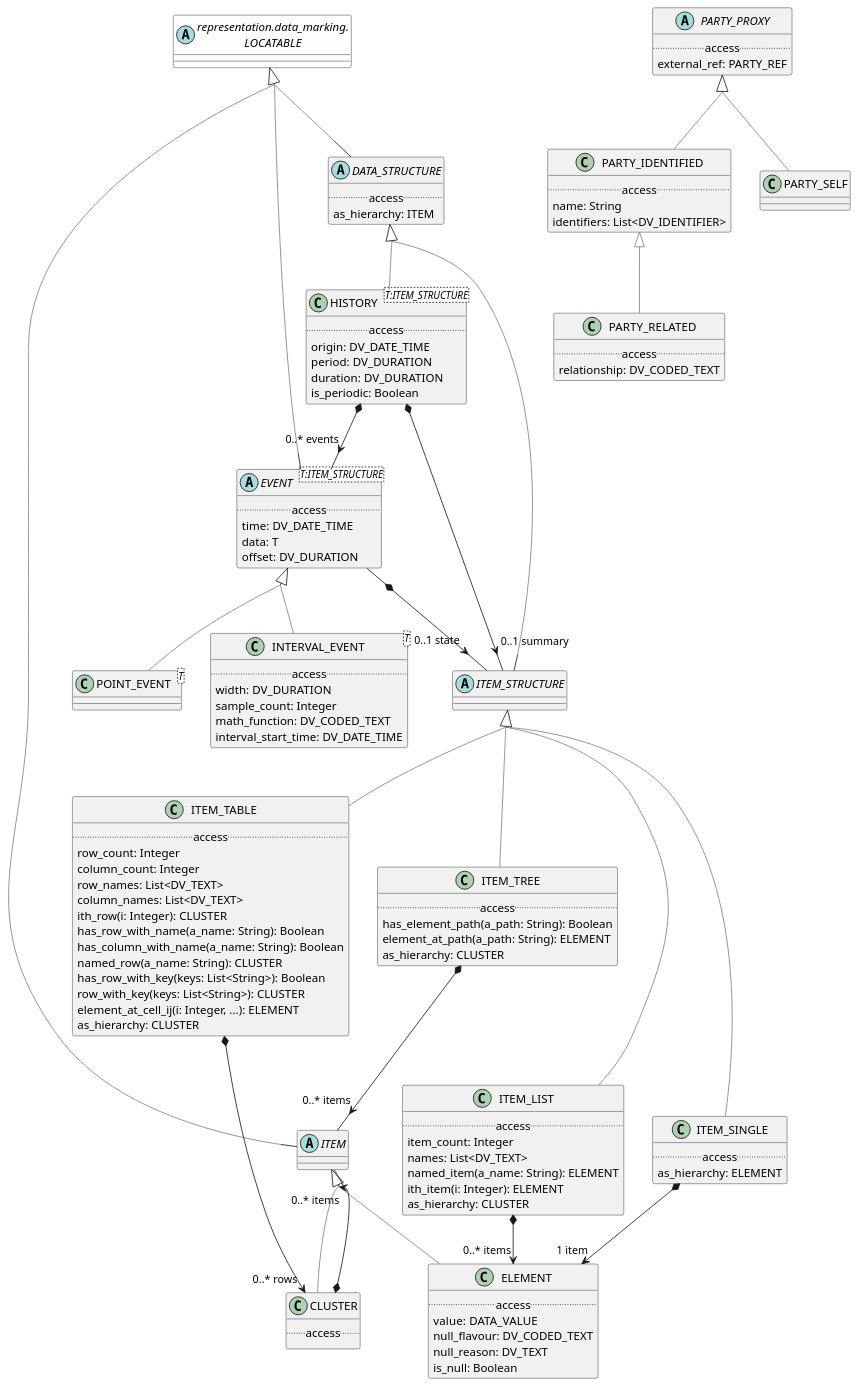
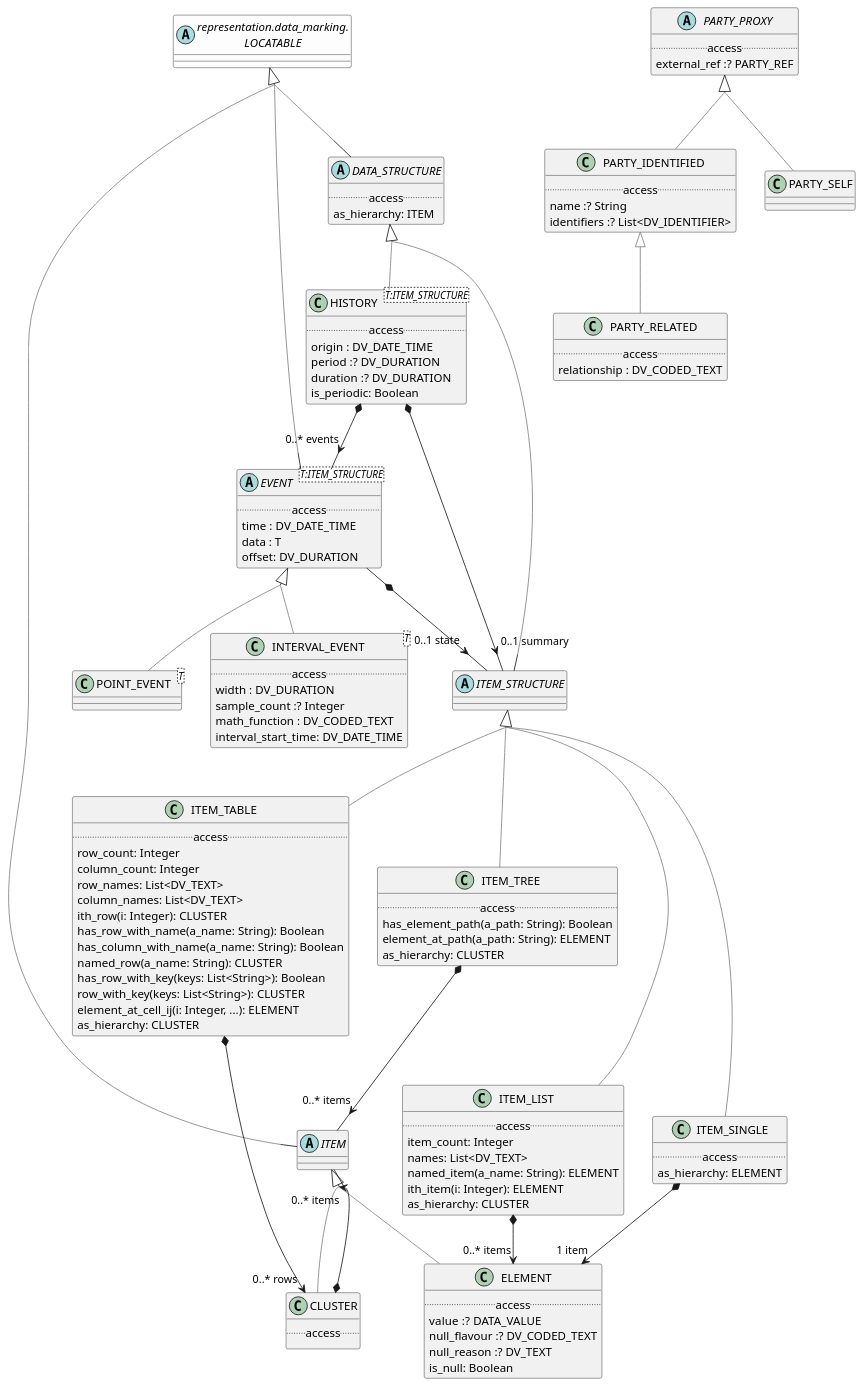
One commit to wolandscat/openehr-doc changed the diagram in modules/ROOT/examples/bmm/representation/data_structures/data_structures-package-uml.adoc. Above: the diagram before and after it, drawn with PlantUML. The commit also changed 1814 other files, not shown here.

```diff
--- a/modules/ROOT/examples/bmm/representation/data_structures/data_structures-package-uml.adoc
+++ b/modules/ROOT/examples/bmm/representation/data_structures/data_structures-package-uml.adoc
@@ -14,9 +14,9 @@
 
 class ELEMENT [[/openehr-doc/latest/representation/data_structures-gen.html#_class_element]] {
         .. access ..
-        value: DATA_VALUE
-        null_flavour: DV_CODED_TEXT
-        null_reason: DV_TEXT
+        value :? DATA_VALUE
+        null_flavour :? DV_CODED_TEXT
+        null_reason :? DV_TEXT
         is_null: Boolean
 }
 
@@ -54,8 +54,8 @@
 
 abstract class EVENT<T:ITEM_STRUCTURE> [[/openehr-doc/latest/representation/data_structures-gen.html#_class_event]] {
         .. access ..
-        time: DV_DATE_TIME
-        data: T
+        time : DV_DATE_TIME
+        data : T
         offset: DV_DURATION
 }
 
@@ -76,8 +76,8 @@
 
 class PARTY_IDENTIFIED [[/openehr-doc/latest/representation/data_structures-gen.html#_class_party_identified]] {
         .. access ..
-        name: String
-        identifiers: List<DV_IDENTIFIER>
+        name :? String
+        identifiers :? List<DV_IDENTIFIER>
 }
 
 PARTY_IDENTIFIED -[#gray]up-|> PARTY_PROXY  
@@ -97,9 +97,9 @@
 
 class INTERVAL_EVENT<T> [[/openehr-doc/latest/representation/data_structures-gen.html#_class_interval_event]] {
         .. access ..
-        width: DV_DURATION
-        sample_count: Integer
-        math_function: DV_CODED_TEXT
+        width : DV_DURATION
+        sample_count :? Integer
+        math_function : DV_CODED_TEXT
         interval_start_time: DV_DATE_TIME
 }
 
@@ -122,9 +122,9 @@
 
 class HISTORY<T:ITEM_STRUCTURE> [[/openehr-doc/latest/representation/data_structures-gen.html#_class_history]] {
         .. access ..
-        origin: DV_DATE_TIME
-        period: DV_DURATION
-        duration: DV_DURATION
+        origin : DV_DATE_TIME
+        period :? DV_DURATION
+        duration :? DV_DURATION
         is_periodic: Boolean
 }
 
@@ -137,9 +137,8 @@
 
 abstract class PARTY_PROXY [[/openehr-doc/latest/representation/data_structures-gen.html#_class_party_proxy]] {
         .. access ..
-        external_ref: PARTY_REF
+        external_ref :? PARTY_REF
 }
-
 
 class ITEM_TABLE [[/openehr-doc/latest/representation/data_structures-gen.html#_class_item_table]] {
         .. access ..
@@ -164,7 +163,7 @@
 
 class PARTY_RELATED [[/openehr-doc/latest/representation/data_structures-gen.html#_class_party_related]] {
         .. access ..
-        relationship: DV_CODED_TEXT
+        relationship : DV_CODED_TEXT
 }
 
 PARTY_RELATED -[#gray]up-|> PARTY_IDENTIFIED  
```
